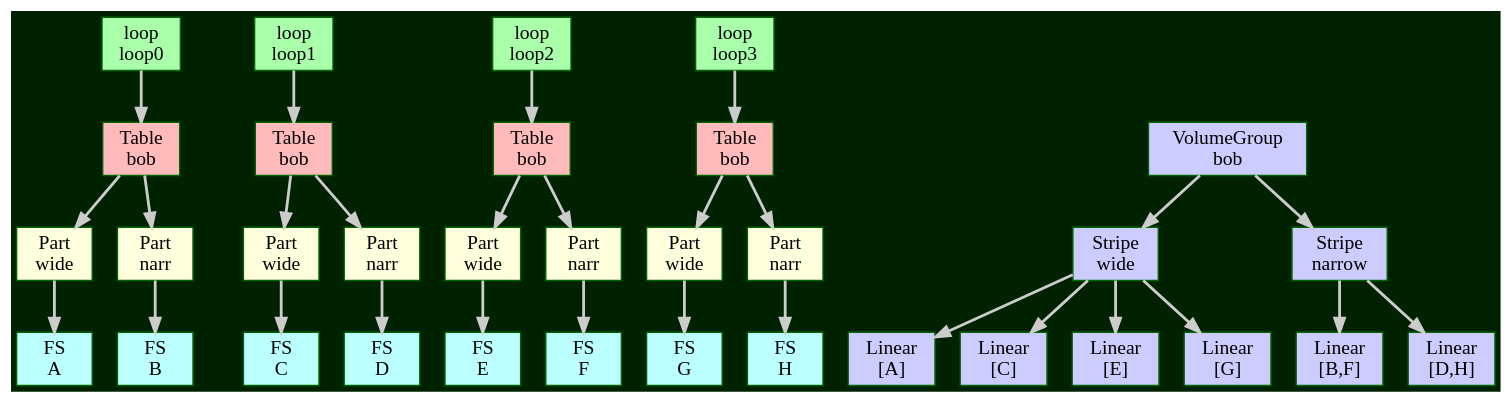
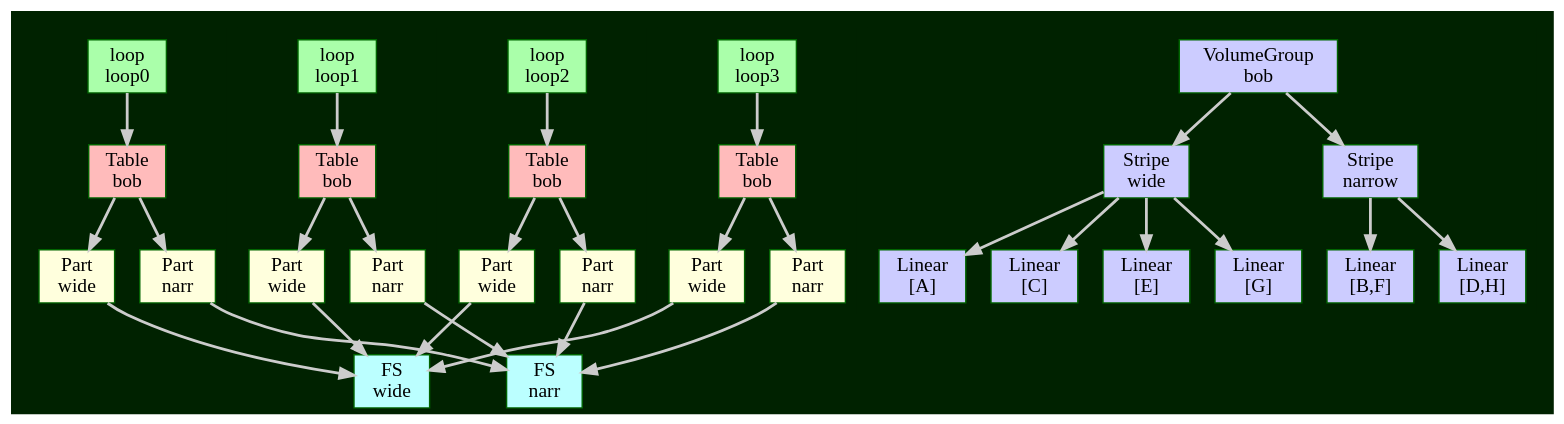
One commit to flatcap/dparted changed the diagram in gfx/class5.gv. Above: the diagram before and after it, drawn with Graphviz.

Commit message:
shared filesystem

```diff
--- a/gfx/class5.gv
+++ b/gfx/class5.gv
@@ -1,85 +1,95 @@
 digraph G
 {
 	graph [ rankdir="TB" ];
 	node  [ shape=record, style=filled ];
 	edge  [ penwidth=2.0 ];
 
 	graph [ bgcolor="#002200", color=white ];
 	node  [ fillcolor="#bbbbbb", color=darkgreen ];
 	edge  [ color="#cccccc" ];
 
-	Loop1 [ label="loop\nloop0" fillcolor="#aaffaa" ];
-	Loop2 [ label="loop\nloop1" fillcolor="#aaffaa" ];
-	Loop3 [ label="loop\nloop2" fillcolor="#aaffaa" ];
-	Loop4 [ label="loop\nloop3" fillcolor="#aaffaa" ];
+	Loop0 [ label="loop\nloop0" fillcolor="#aaffaa" ];
+	Loop1 [ label="loop\nloop1" fillcolor="#aaffaa" ];
+	Loop2 [ label="loop\nloop2" fillcolor="#aaffaa" ];
+	Loop3 [ label="loop\nloop3" fillcolor="#aaffaa" ];
 
 	Table1 [ label="Table\nbob", fillcolor="#ffbbbb" ];
 	Table2 [ label="Table\nbob", fillcolor="#ffbbbb" ];
 	Table3 [ label="Table\nbob", fillcolor="#ffbbbb" ];
 	Table4 [ label="Table\nbob", fillcolor="#ffbbbb" ];
 
 	Part1 [ label="Part\nwide", fillcolor="#ffffdd" ];
 	Part2 [ label="Part\nnarr", fillcolor="#ffffdd" ];
 	Part3 [ label="Part\nwide", fillcolor="#ffffdd" ];
 	Part4 [ label="Part\nnarr", fillcolor="#ffffdd" ];
 	Part5 [ label="Part\nwide", fillcolor="#ffffdd" ];
 	Part6 [ label="Part\nnarr", fillcolor="#ffffdd" ];
 	Part7 [ label="Part\nwide", fillcolor="#ffffdd" ];
 	Part8 [ label="Part\nnarr", fillcolor="#ffffdd" ];
 
-	Fs1 [ label="FS\nA", fillcolor="#bbffff" ];
-	Fs2 [ label="FS\nB", fillcolor="#bbffff" ];
-	Fs3 [ label="FS\nC", fillcolor="#bbffff" ];
-	Fs4 [ label="FS\nD", fillcolor="#bbffff" ];
-	Fs5 [ label="FS\nE", fillcolor="#bbffff" ];
-	Fs6 [ label="FS\nF", fillcolor="#bbffff" ];
-	Fs7 [ label="FS\nG", fillcolor="#bbffff" ];
-	Fs8 [ label="FS\nH", fillcolor="#bbffff" ];
+	Fs1 [ label="FS\nwide", fillcolor="#bbffff" ];
+	Fs2 [ label="FS\nnarr", fillcolor="#bbffff" ];
 
-	Group	[ label="VolumeGroup\nbob", fillcolor="#ccccff" ];
-	Volume1 [ label="Stripe\nwide" fillcolor="#ccccff" ];
-	Volume2 [ label="Stripe\nnarrow" fillcolor="#ccccff" ];
+	subgraph cluster_1 {
+		color=none;
+		Loop0	-> Table1;
+		Table1	-> Part1;
+		Table1	-> Part2;
+	}
 
-	Linear1 [ label="Linear\n[A]" fillcolor="#ccccff" ];
-	Linear2 [ label="Linear\n[C]" fillcolor="#ccccff" ];
-	Linear3 [ label="Linear\n[E]" fillcolor="#ccccff" ];
-	Linear4 [ label="Linear\n[G]" fillcolor="#ccccff" ];
-	Linear5 [ label="Linear\n[B,F]" fillcolor="#ccccff" ];
-	Linear6 [ label="Linear\n[D,H]" fillcolor="#ccccff" ];
+	subgraph cluster_2 {
+		color=none;
+		Loop1	-> Table2;
+		Table2	-> Part3;
+		Table2	-> Part4;
+	}
 
-	Loop1	-> Table1;
-	Loop2	-> Table2;
-	Loop3	-> Table3;
-	Loop4	-> Table4;
+	subgraph cluster_3 {
+		color=none;
+		Loop2	-> Table3;
+		Table3	-> Part5;
+		Table3	-> Part6;
+	}
 
-	Table1	-> Part1;
-	Table1	-> Part2;
-	Table2	-> Part3;
-	Table2	-> Part4;
-	Table3	-> Part5;
-	Table3	-> Part6;
-	Table4	-> Part7;
-	Table4	-> Part8;
+	subgraph cluster_4 {
+		color=none;
+		Loop3	-> Table4;
+		Table4	-> Part7;
+		Table4	-> Part8;
+	}
 
 	Part1	-> Fs1;
 	Part2	-> Fs2;
-	Part3	-> Fs3;
-	Part4	-> Fs4;
-	Part5	-> Fs5;
-	Part6	-> Fs6;
-	Part7	-> Fs7;
-	Part8	-> Fs8;
+	Part3	-> Fs1;
+	Part4	-> Fs2;
+	Part5	-> Fs1;
+	Part6	-> Fs2;
+	Part7	-> Fs1;
+	Part8	-> Fs2;
 
-	Group		-> Volume1;
-	Group		-> Volume2;
+	subgraph cluster_5 {
+		color=none;
 
-	Volume1		-> Linear1;
-	Volume1		-> Linear2;
-	Volume1		-> Linear3;
-	Volume1		-> Linear4;
+		Group	[ label="VolumeGroup\nbob", fillcolor="#ccccff" ];
+		Volume1 [ label="Stripe\nwide" fillcolor="#ccccff" ];
+		Volume2 [ label="Stripe\nnarrow" fillcolor="#ccccff" ];
 
-	Volume2		-> Linear5;
-	Volume2		-> Linear6;
+		Linear1 [ label="Linear\n[A]" fillcolor="#ccccff" ];
+		Linear2 [ label="Linear\n[C]" fillcolor="#ccccff" ];
+		Linear3 [ label="Linear\n[E]" fillcolor="#ccccff" ];
+		Linear4 [ label="Linear\n[G]" fillcolor="#ccccff" ];
+		Linear5 [ label="Linear\n[B,F]" fillcolor="#ccccff" ];
+		Linear6 [ label="Linear\n[D,H]" fillcolor="#ccccff" ];
 
-	{ rank=same Group Table1 Table2 Table3 Table4 }
+		Group		-> Volume1;
+		Group		-> Volume2;
+
+		Volume1		-> Linear1;
+		Volume1		-> Linear2;
+		Volume1		-> Linear3;
+		Volume1		-> Linear4;
+
+		Volume2		-> Linear5;
+		Volume2		-> Linear6;
+	}
 }
```
